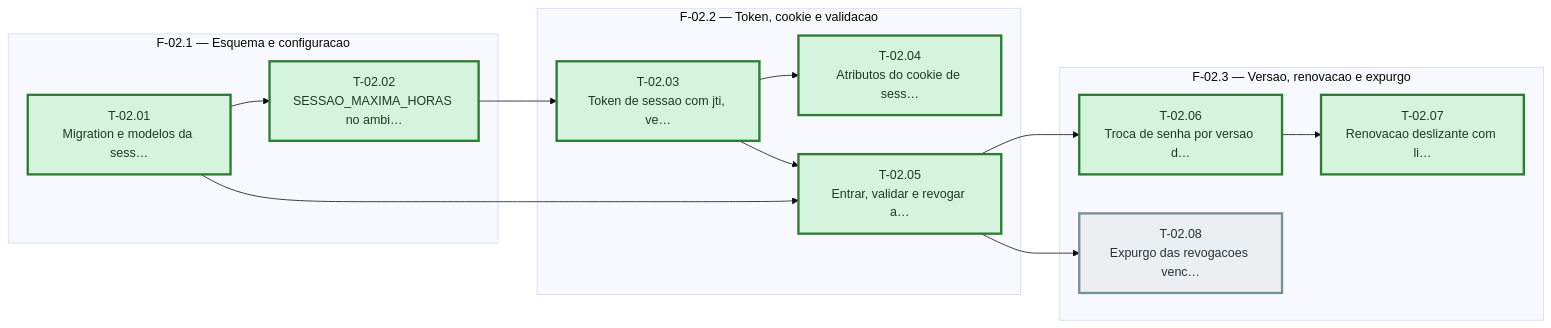
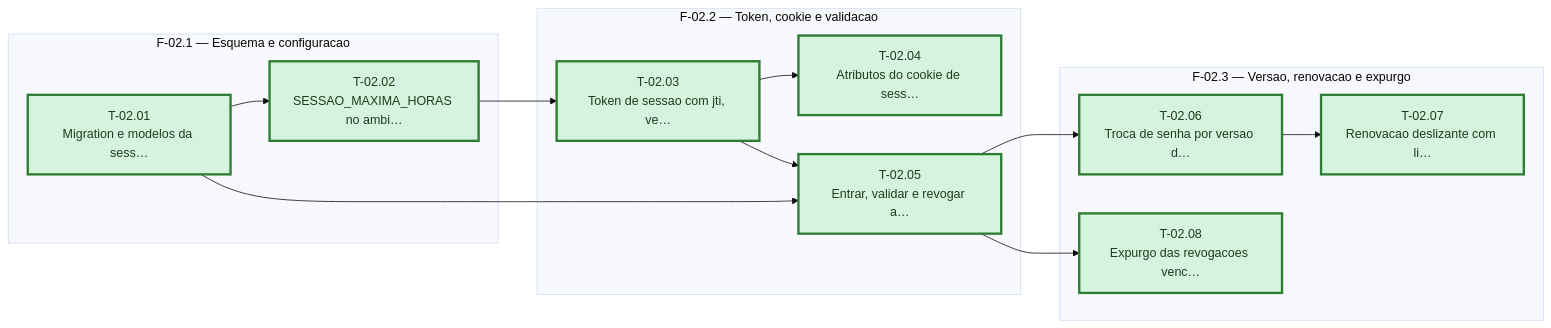
Before and after one commit to bittencourtthulio/converse-chatbot: the diagram in docs/sessao-e-acesso-endurecidos/sprint-02/fases.md, drawn with Mermaid (base theme). The commit also changed other lines of this file and 8 other files, not shown here.

````diff
--- a/docs/sessao-e-acesso-endurecidos/sprint-02/fases.md
+++ b/docs/sessao-e-acesso-endurecidos/sprint-02/fases.md
@@ -38,42 +38,42 @@
 ```mermaid
 %% Grafo de tasks — sprint-02 — gerado pela sprintx a partir de tasks.md
 flowchart LR
   subgraph fase_02_1["F-02.1 — Esquema e configuracao"]
     T_02_01["T-02.01<br/>Migration e modelos da sess…"]
     T_02_02["T-02.02<br/>SESSAO_MAXIMA_HORAS no ambi…"]
   end
   subgraph fase_02_2["F-02.2 — Token, cookie e validacao"]
     T_02_03["T-02.03<br/>Token de sessao com jti, ve…"]
     T_02_04["T-02.04<br/>Atributos do cookie de sess…"]
     T_02_05["T-02.05<br/>Entrar, validar e revogar a…"]
   end
   subgraph fase_02_3["F-02.3 — Versao, renovacao e expurgo"]
     T_02_06["T-02.06<br/>Troca de senha por versao d…"]
     T_02_07["T-02.07<br/>Renovacao deslizante com li…"]
     T_02_08["T-02.08<br/>Expurgo das revogacoes venc…"]
   end
   T_02_01 --> T_02_02
   T_02_02 --> T_02_03
   T_02_03 --> T_02_04
   T_02_01 --> T_02_05
   T_02_03 --> T_02_05
   T_02_05 --> T_02_06
   T_02_06 --> T_02_07
   T_02_05 --> T_02_08
 
   classDef concluida fill:#d4f4dd,stroke:#2e7d32,color:#1b3d20
   classDef andamento fill:#fff3cd,stroke:#b8860b,color:#4a3800
   classDef bloqueada fill:#f8d7da,stroke:#c62828,color:#4a1d1f
   classDef pendente  fill:#eceff1,stroke:#78909c,color:#263238
   classDef critico   stroke-width:3px
 
   class T_02_01 concluida
   class T_02_02 concluida
   class T_02_03 concluida
   class T_02_04 concluida
   class T_02_05 concluida
   class T_02_06 concluida
   class T_02_07 concluida
-  class T_02_08 pendente
+  class T_02_08 concluida
   class T_02_01,T_02_02,T_02_03,T_02_04,T_02_05,T_02_06,T_02_07,T_02_08 critico
 ```
````
